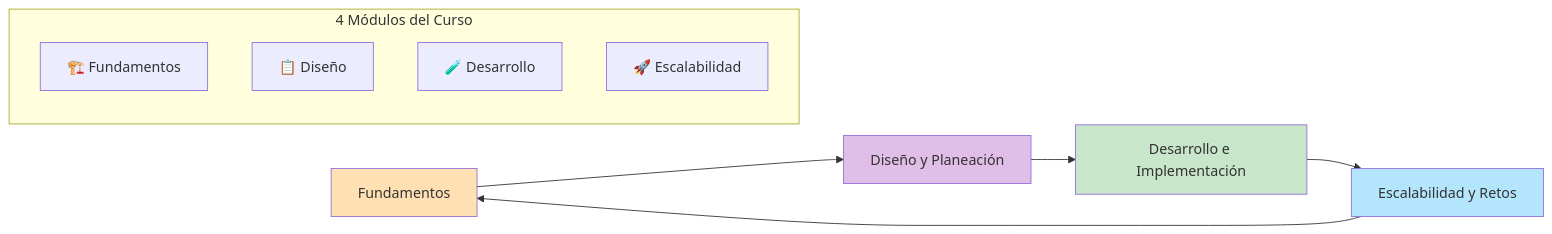
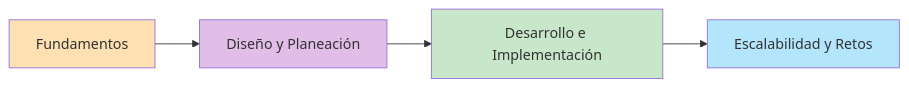
One commit to jeroroldan/jeronimo-blog changed the first of 4 diagrams in src/content/blog/arquitectura-backend-curso.md. Above: the diagram before and after it, drawn with Mermaid. The commit also changed 1 other file, not shown here.

Commit message:
refactor(blog): update masterclass content for clarity and engagement
- revised "MASTERCLASS: Arquitectura Backend - Curso Práctico Completo" to enhance the flowchart structure and improve readability.
- updated section titles and added emojis for better visual appeal and emphasis on key concepts.
- clarified learning objectives and operational warnings to ensure a more engaging learning experience for readers.

````diff
--- a/src/content/blog/arquitectura-backend-curso.md
+++ b/src/content/blog/arquitectura-backend-curso.md
@@ -28,19 +28,10 @@
 ```mermaid
 flowchart LR
-    A[Fundamentos] --> B[Diseño y Planeación]
-    B --> C[Desarrollo e Implementación]
-    C --> D[Escalabilidad y Retos]
-    D --> A
-
-    subgraph SISTEMA["4 Módulos del Curso"]
-        P1[🏗️ Fundamentos]
-        P2[📋 Diseño]
-        P3[🧪 Desarrollo]
-        P4[🚀 Escalabilidad]
-    end
-
-    style A fill:#FFE0B2
-    style B fill:#E1BEE7
-    style C fill:#C8E6C9
-    style D fill:#B3E5FC
+    P1[Fundamentos] --> P2[Diseño y Planeación]
+    P2 --> P3[Desarrollo e Implementación]
+    P3 --> P4[Escalabilidad y Retos]
+    style P1 fill:#FFE0B2
+    style P2 fill:#E1BEE7
+    style P3 fill:#C8E6C9
+    style P4 fill:#B3E5FC
 ```
````
